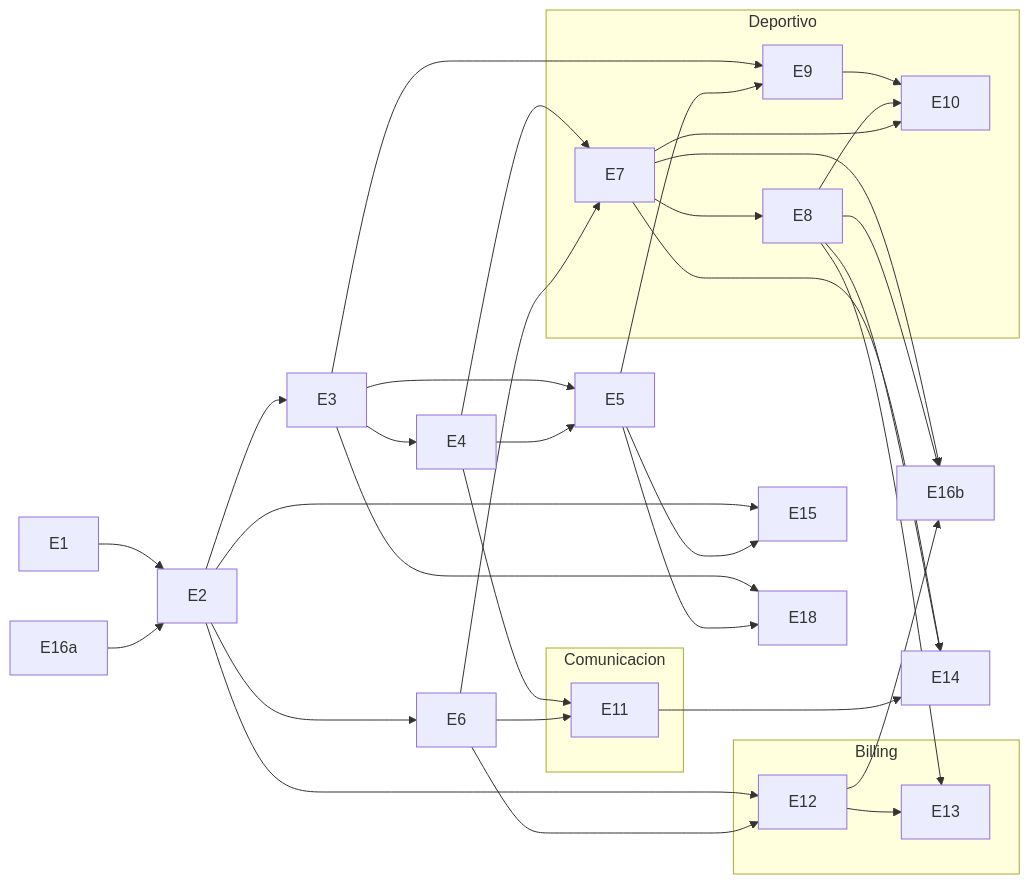
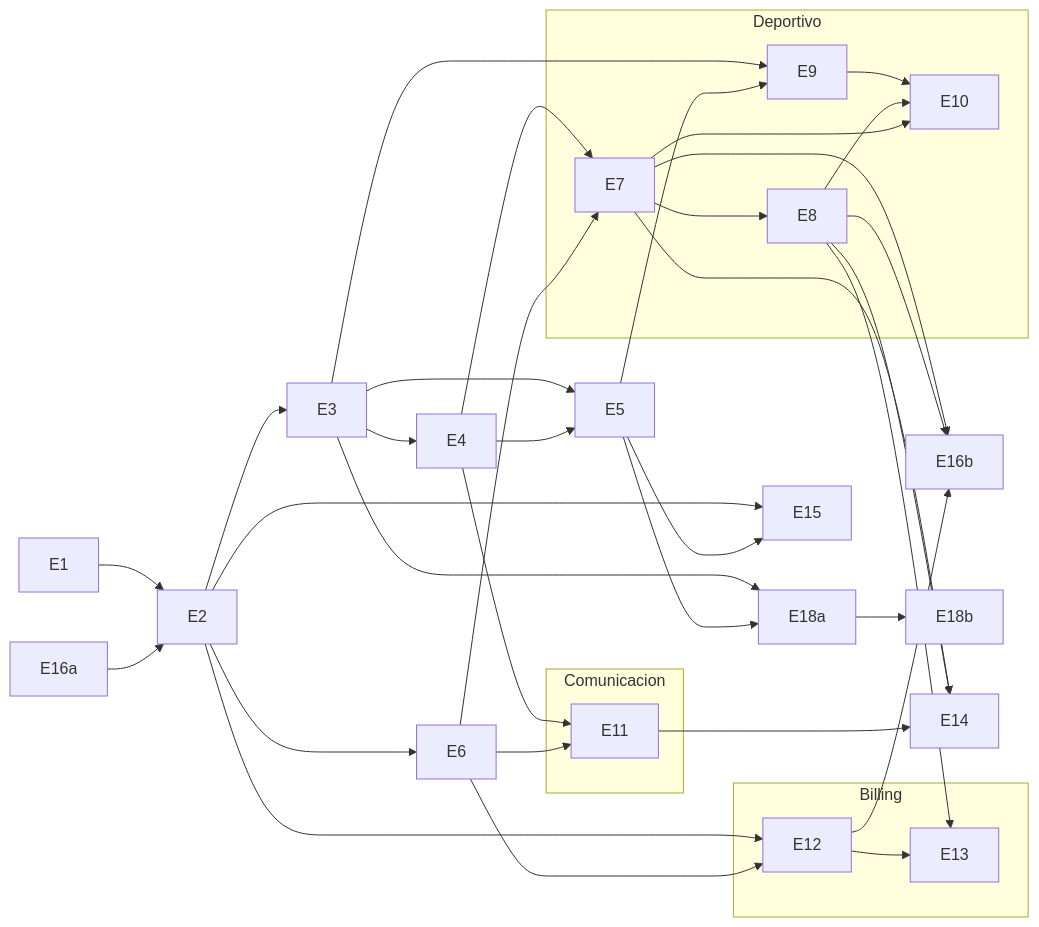
The diagram in docs/plan-maestro.md (cjgomezr/sea-dragons-web), drawn with Mermaid before and after one commit. The commit also changed other lines of this file and 2 other files, not shown here.

````diff
--- a/docs/plan-maestro.md
+++ b/docs/plan-maestro.md
@@ -122,41 +150,42 @@
 ```mermaid
 graph LR
   E1 --> E2 --> E3 --> E4
   E16a --> E2
   E7 --> E16b
   E8 --> E16b
   E12 --> E16b
   E3 --> E5
   E4 --> E5
   E2 --> E6
 
   subgraph Deportivo
     E7 --> E8
     E9 --> E10
     E8 --> E10
     E7 --> E10
   end
   subgraph Comunicacion
     E11
   end
   subgraph Billing
     E12 --> E13
   end
 
   E4 --> E7
   E6 --> E7
   E3 --> E9
   E5 --> E9
   E4 --> E11
   E6 --> E11
   E2 --> E12
   E6 --> E12
   E8 --> E13
   E2 --> E15
   E5 --> E15
-  E3 --> E18
-  E5 --> E18
+  E3 --> E18a
+  E5 --> E18a
+  E18a --> E18b
   E7 --> E14
   E8 --> E14
   E11 --> E14
 ```
````
